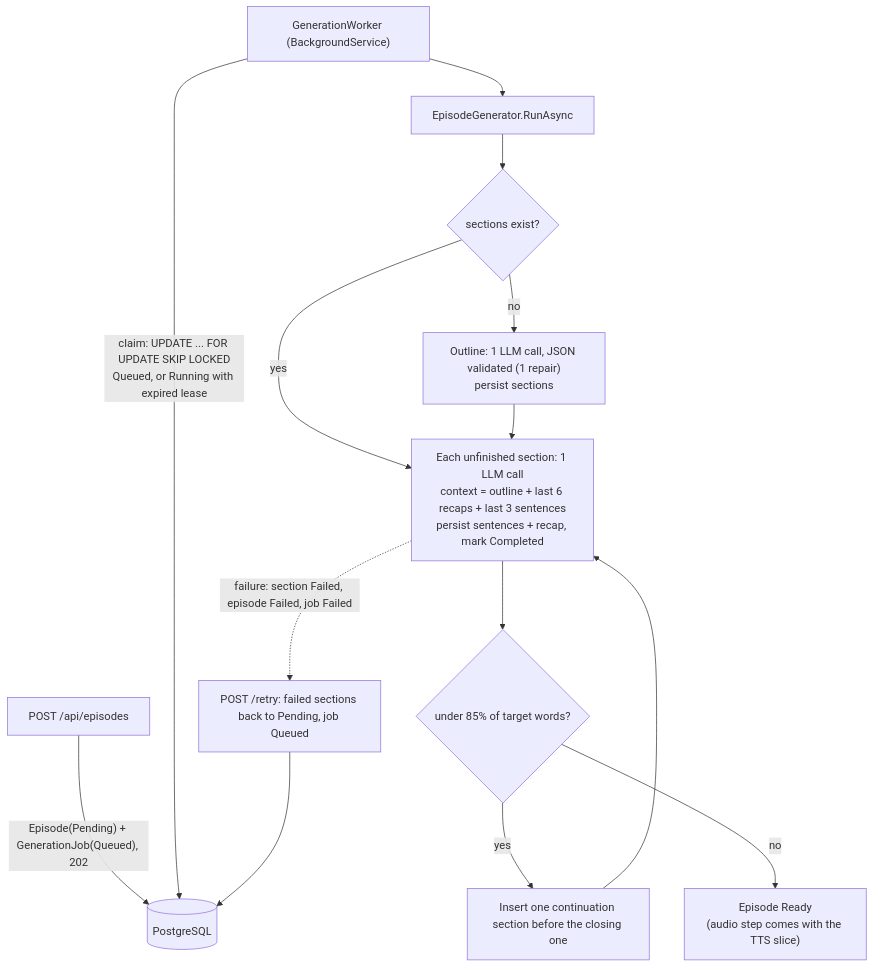
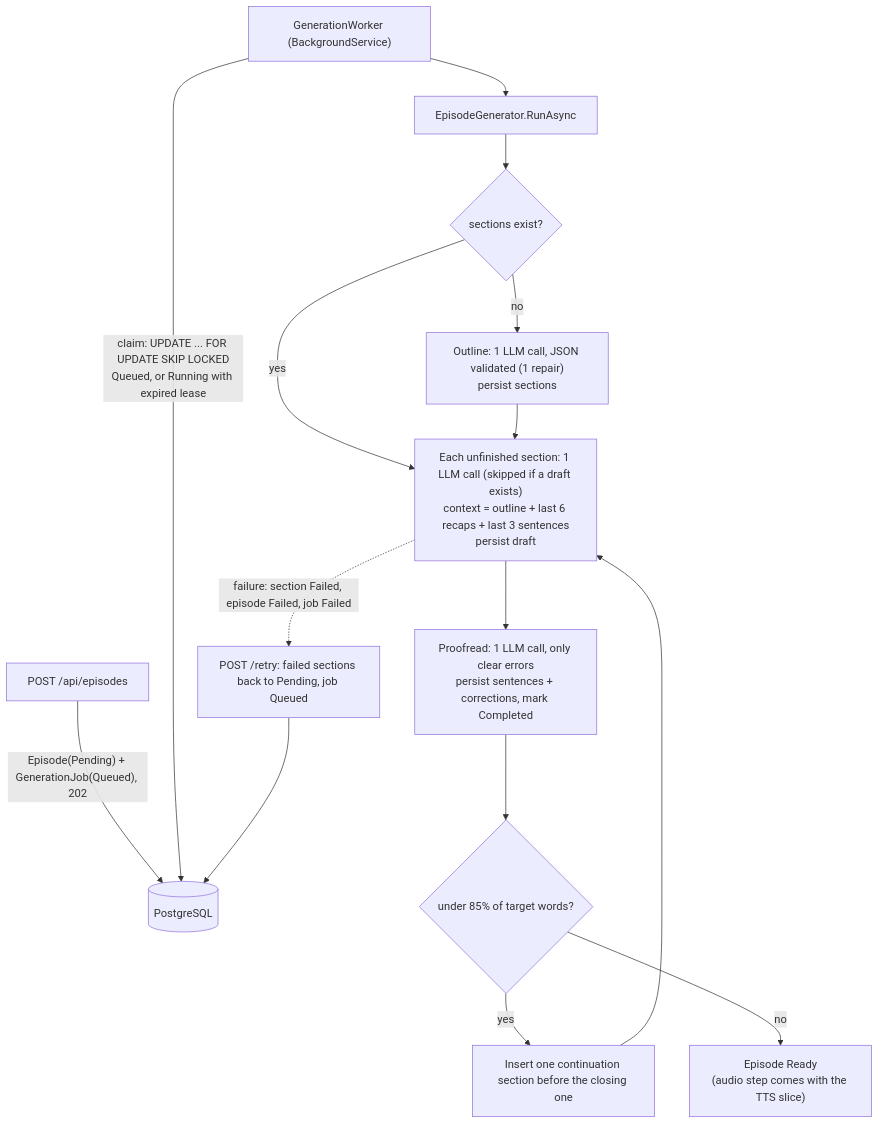
Before and after one commit to lauta136/Podcast-Generator: the second of 3 diagrams in docs/ARCHITECTURE.md, drawn with Mermaid. The commit also changed other lines of this file and 20 other files, not shown here.

````diff
--- a/docs/ARCHITECTURE.md
+++ b/docs/ARCHITECTURE.md
@@ -16,15 +16,16 @@
 ```mermaid
 flowchart TD
   POST["POST /api/episodes"] -->|"Episode(Pending) + GenerationJob(Queued), 202"| DB[(PostgreSQL)]
   Worker["GenerationWorker (BackgroundService)"] -->|"claim: UPDATE ... FOR UPDATE SKIP LOCKED<br/>Queued, or Running with expired lease"| DB
   Worker --> Gen["EpisodeGenerator.RunAsync"]
   Gen --> O{"sections exist?"}
   O -- no --> Outline["Outline: 1 LLM call, JSON validated (1 repair)<br/>persist sections"]
   O -- yes --> Sections
-  Outline --> Sections["Each unfinished section: 1 LLM call<br/>context = outline + last 6 recaps + last 3 sentences<br/>persist sentences + recap, mark Completed"]
-  Sections --> Short{"under 85% of target words?"}
+  Outline --> Sections["Each unfinished section: 1 LLM call (skipped if a draft exists)<br/>context = outline + last 6 recaps + last 3 sentences<br/>persist draft"]
+  Sections --> Proof["Proofread: 1 LLM call, only clear errors<br/>persist sentences + corrections, mark Completed"]
+  Proof --> Short{"under 85% of target words?"}
   Short -- yes --> Cont["Insert one continuation section before the closing one"] --> Sections
   Short -- no --> Ready["Episode Ready<br/>(audio step comes with the TTS slice)"]
   Sections -. "failure: section Failed, episode Failed, job Failed" .-> Retry["POST /retry: failed sections back to Pending, job Queued"]
   Retry --> DB
 ```
````
